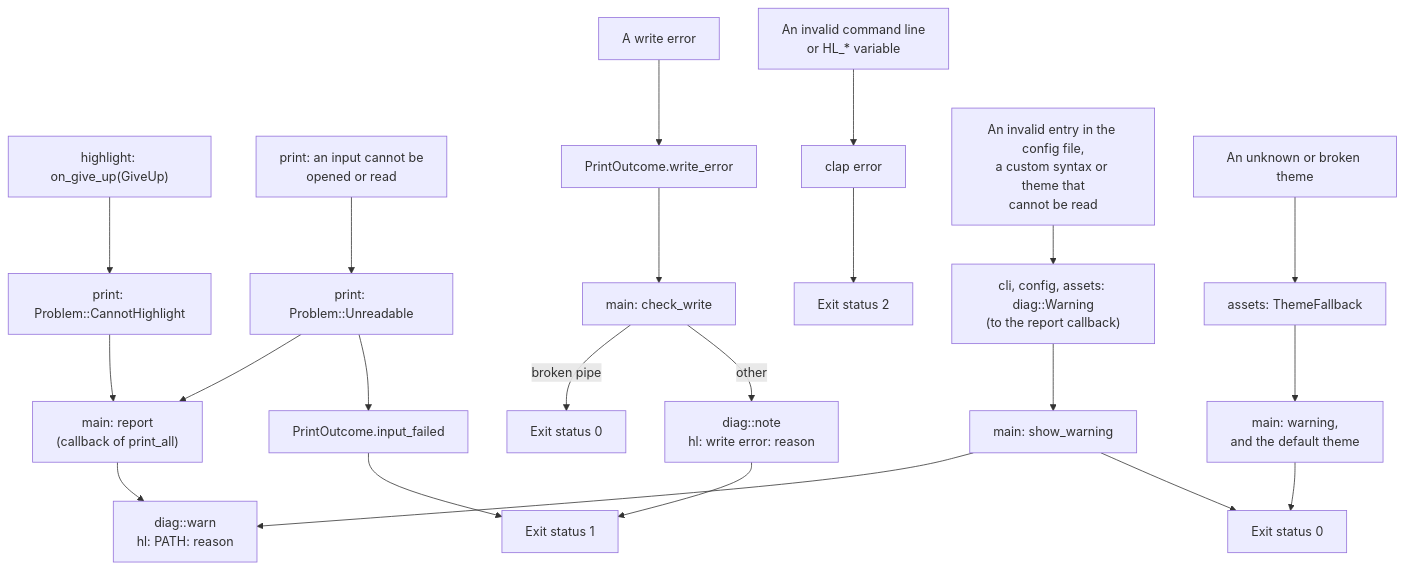
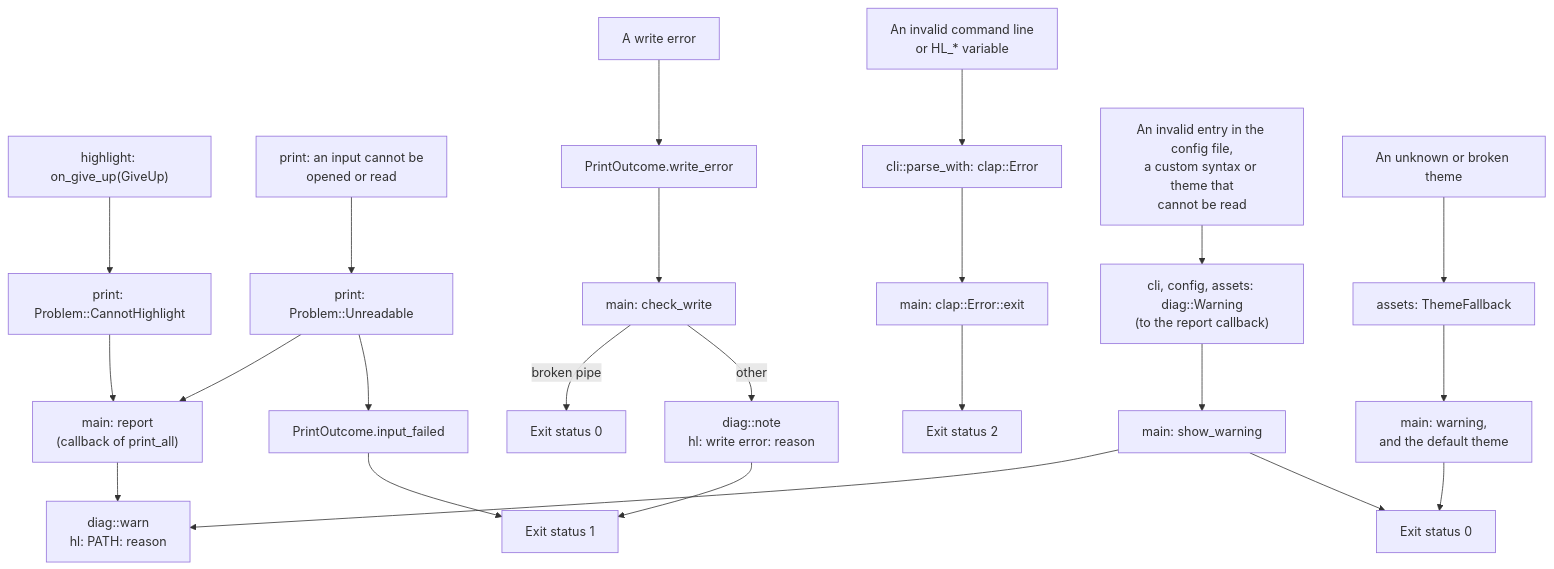
One commit to codemajin/hl changed the fourth of 4 diagrams in docs/DESIGN.md. Above: the diagram before and after it, drawn with Mermaid. The commit also changed other lines of this file and 9 other files, not shown here.

First line of the commit message:
Return parse errors to main and take the environment as an argument

````diff
--- a/docs/DESIGN.md
+++ b/docs/DESIGN.md
@@ -125,24 +125,25 @@
 ```mermaid
 flowchart TD
     giveup["highlight: on_give_up(GiveUp)"] --> cannot["print: Problem::CannotHighlight"]
     unreadable["print: an input cannot be<br/>opened or read"] --> unread["print: Problem::Unreadable"]
     cannot --> report["main: report<br/>(callback of print_all)"]
     unread --> report
     report --> warn["diag::warn<br/>hl: PATH: reason"]
     unread --> failed["PrintOutcome.input_failed"]
     failed --> one["Exit status 1"]
     write["A write error"] --> outcome["PrintOutcome.write_error"]
     outcome --> check["main: check_write"]
     check -->|broken pipe| zero["Exit status 0"]
     check -->|other| note["diag::note<br/>hl: write error: reason"]
     note --> one
-    usage["An invalid command line<br/>or HL_* variable"] --> clap["clap error"]
-    clap --> two["Exit status 2"]
+    usage["An invalid command line<br/>or HL_* variable"] --> clap["cli::parse_with: clap::Error"]
+    clap --> exit["main: clap::Error::exit"]
+    exit --> two["Exit status 2"]
     found["An invalid entry in the config file,<br/>a custom syntax or theme that<br/>cannot be read"] --> warning["cli, config, assets: diag::Warning<br/>(to the report callback)"]
     warning --> show["main: show_warning"]
     show --> warn
     show --> zero2["Exit status 0"]
     theme["An unknown or broken theme"] --> fallback["assets: ThemeFallback"]
     fallback --> default["main: warning,<br/>and the default theme"]
     default --> zero2
 ```
````
